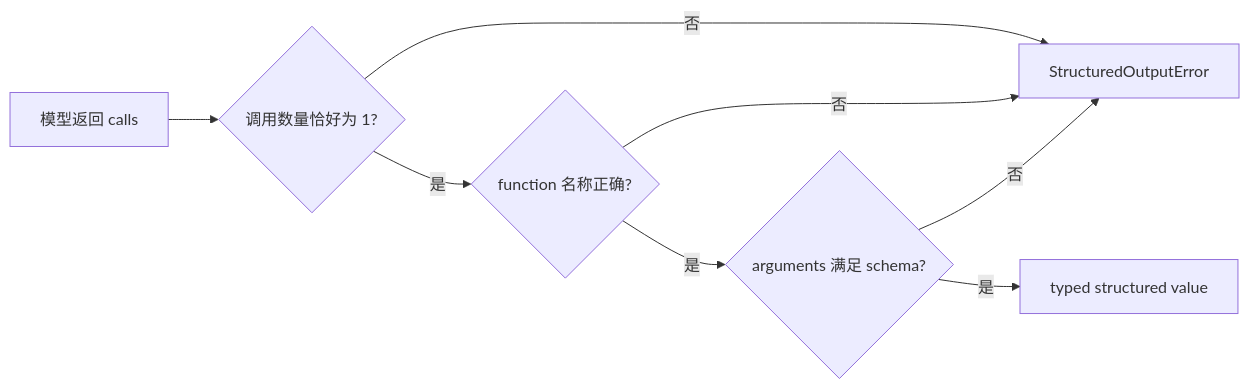
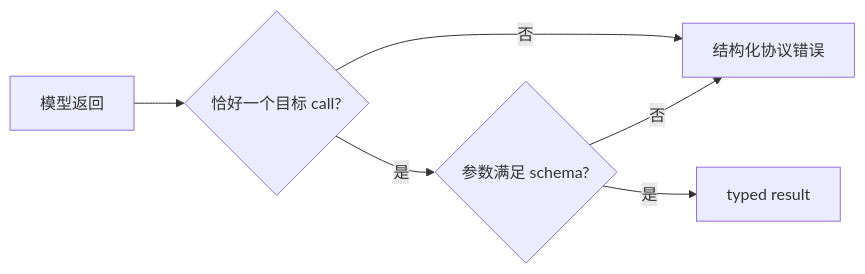
Before and after one commit to Arthur999459up/GitAgent: the sixth of 8 diagrams in docs/04-model-and-context-protocol.md, drawn with Mermaid. The commit also changed other lines of this file and 15 other files, not shown here.

````diff
--- a/docs/04-model-and-context-protocol.md
+++ b/docs/04-model-and-context-protocol.md
@@ -402,10 +215,8 @@
 ```mermaid
 flowchart LR
-    A[模型返回 calls] --> B{调用数量恰好为 1?}
-    B -->|否| E[StructuredOutputError]
-    B -->|是| C{function 名称正确?}
+    A[模型返回] --> B{恰好一个目标 call?}
+    B -->|否| E[结构化协议错误]
+    B -->|是| C{参数满足 schema?}
     C -->|否| E
-    C -->|是| D{arguments 满足 schema?}
-    D -->|否| E
-    D -->|是| R[typed structured value]
+    C -->|是| R[typed result]
 ```
````
